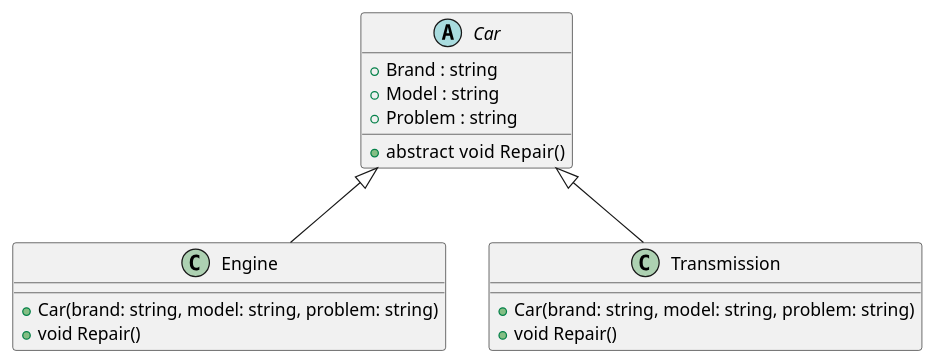
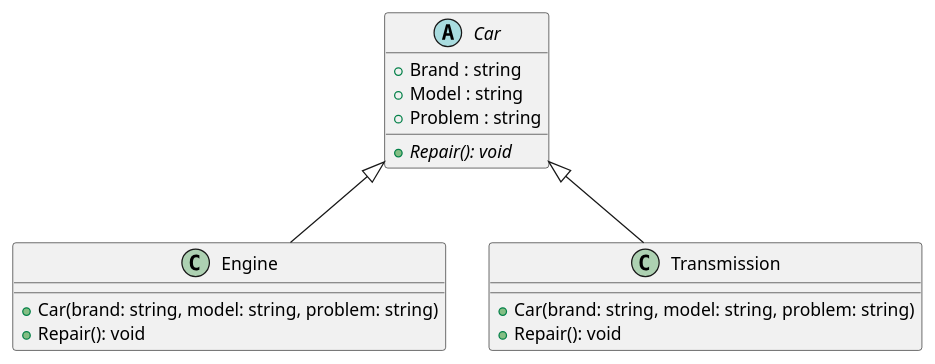
The diagram in SOLID/classDiagram.puml (NickolayMamonov/SOLID), drawn with PlantUML before and after one commit.

Commit message:
upd diagram

```diff
--- a/SOLID/classDiagram.puml
+++ b/SOLID/classDiagram.puml
@@ -1,23 +1,25 @@
 @startuml
 
 abstract class Car{
     + Brand : string
     + Model : string
     + Problem : string
     
-    +abstract void  Repair()
+    +{abstract} Repair(): void
 }
 
 class Engine {
+
  +Car(brand: string, model: string, problem: string)
- +void Repair()
+ +Repair(): void
 }
 
 class Transmission {
+
  +Car(brand: string, model: string, problem: string)
- +void Repair()
+ +Repair(): void
 }
 
 Car <|-- Engine
 Car <|-- Transmission
 @enduml
```
